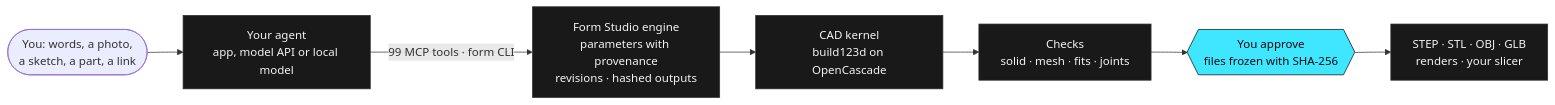
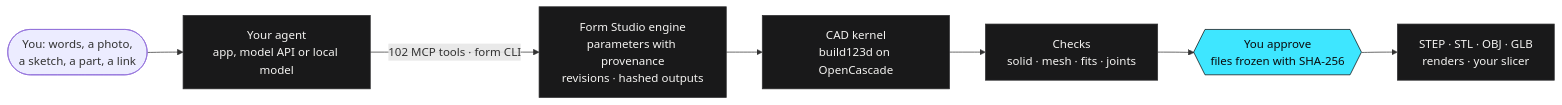
One commit to kaizensx/form-studio changed the diagram in README.md. Above: the diagram before and after it, drawn with Mermaid. The commit also changed other lines of this file and 29 other files, not shown here.

````diff
--- a/README.md
+++ b/README.md
@@ -86,13 +86,13 @@
 ```mermaid
 flowchart LR
   you(["You: words, a photo,<br/>a sketch, a part, a link"]) --> agent["Your agent<br/>app, model API or local model"]
-  agent -- "99 MCP tools · form CLI" --> engine["Form Studio engine<br/>parameters with provenance<br/>revisions · hashed outputs"]
+  agent -- "102 MCP tools · form CLI" --> engine["Form Studio engine<br/>parameters with provenance<br/>revisions · hashed outputs"]
   engine --> kernel["CAD kernel<br/>build123d on OpenCascade"]
   kernel --> checks["Checks<br/>solid · mesh · fits · joints"]
   checks --> release{{"You approve<br/>files frozen with SHA-256"}}
   release --> out["STEP · STL · OBJ · GLB<br/>renders · your slicer"]
   classDef datum fill:#3ee6ff,stroke:#0b0b0c,color:#0b0b0c
   classDef plate fill:#19191a,stroke:#2f2f31,color:#f4f3f1
   class release datum
   class agent,engine,kernel,checks,out plate
 ```
````
